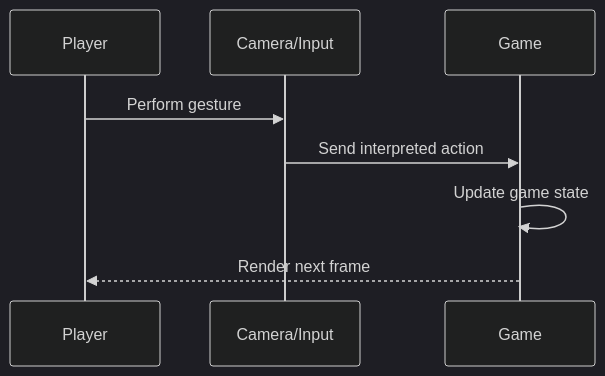
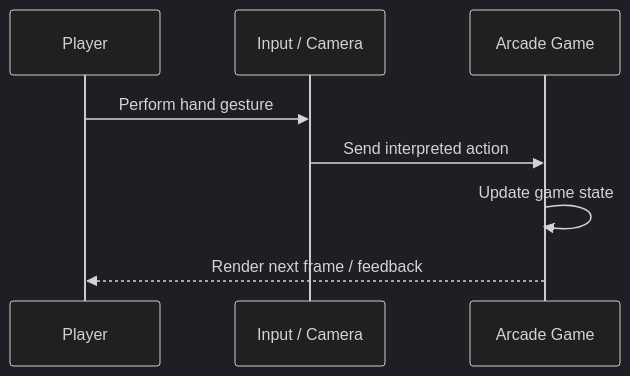
One commit to Priyanshu710-ui/Arcade-hands changed the second of 4 diagrams in README.md. Above: the diagram before and after it, drawn with Mermaid (dark theme). The commit also changed other lines of this file, not shown here.

Commit message:
Replace diagram-only README with full gameplay documentation

````diff
--- a/README.md
+++ b/README.md
@@ -18,10 +42,11 @@
 ```mermaid
 sequenceDiagram
-    participant U as Player
-    participant C as Camera/Input
-    participant G as Game
-    U->>C: Perform gesture
-    C->>G: Send interpreted action
+    participant P as Player
+    participant I as Input / Camera
+    participant G as Arcade Game
+
+    P->>I: Perform hand gesture
+    I->>G: Send interpreted action
     G->>G: Update game state
-    G-->>U: Render next frame
+    G-->>P: Render next frame / feedback
 ```
````
